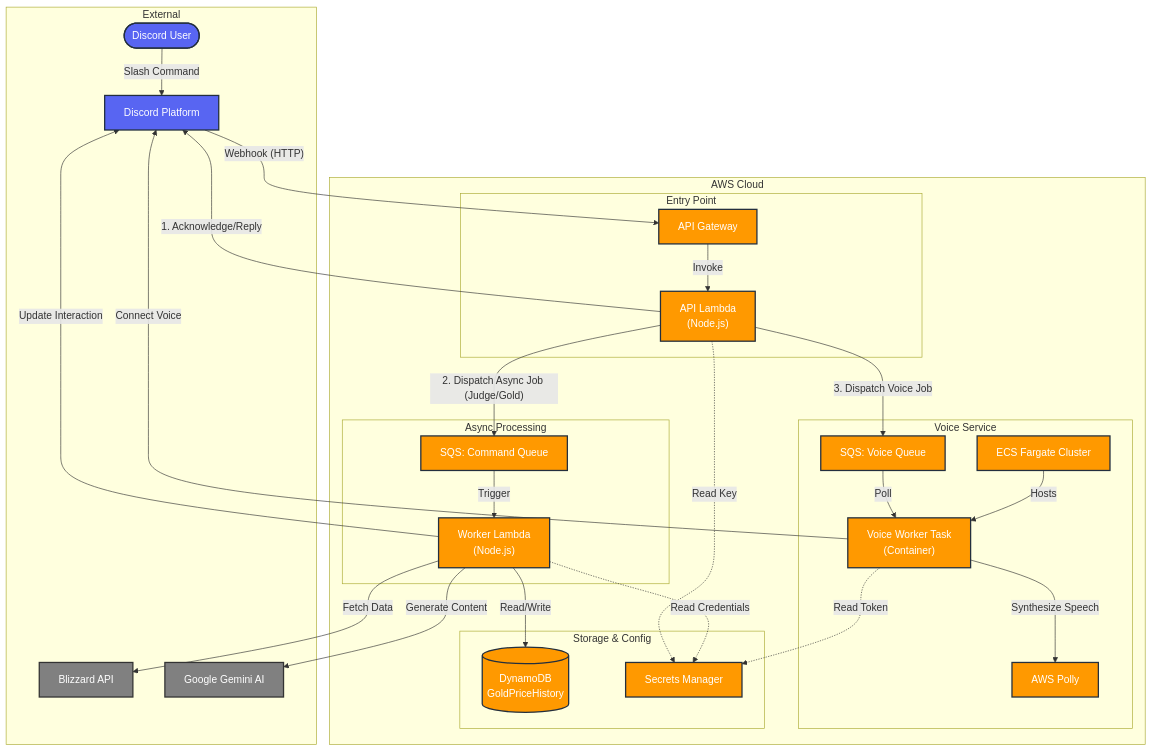
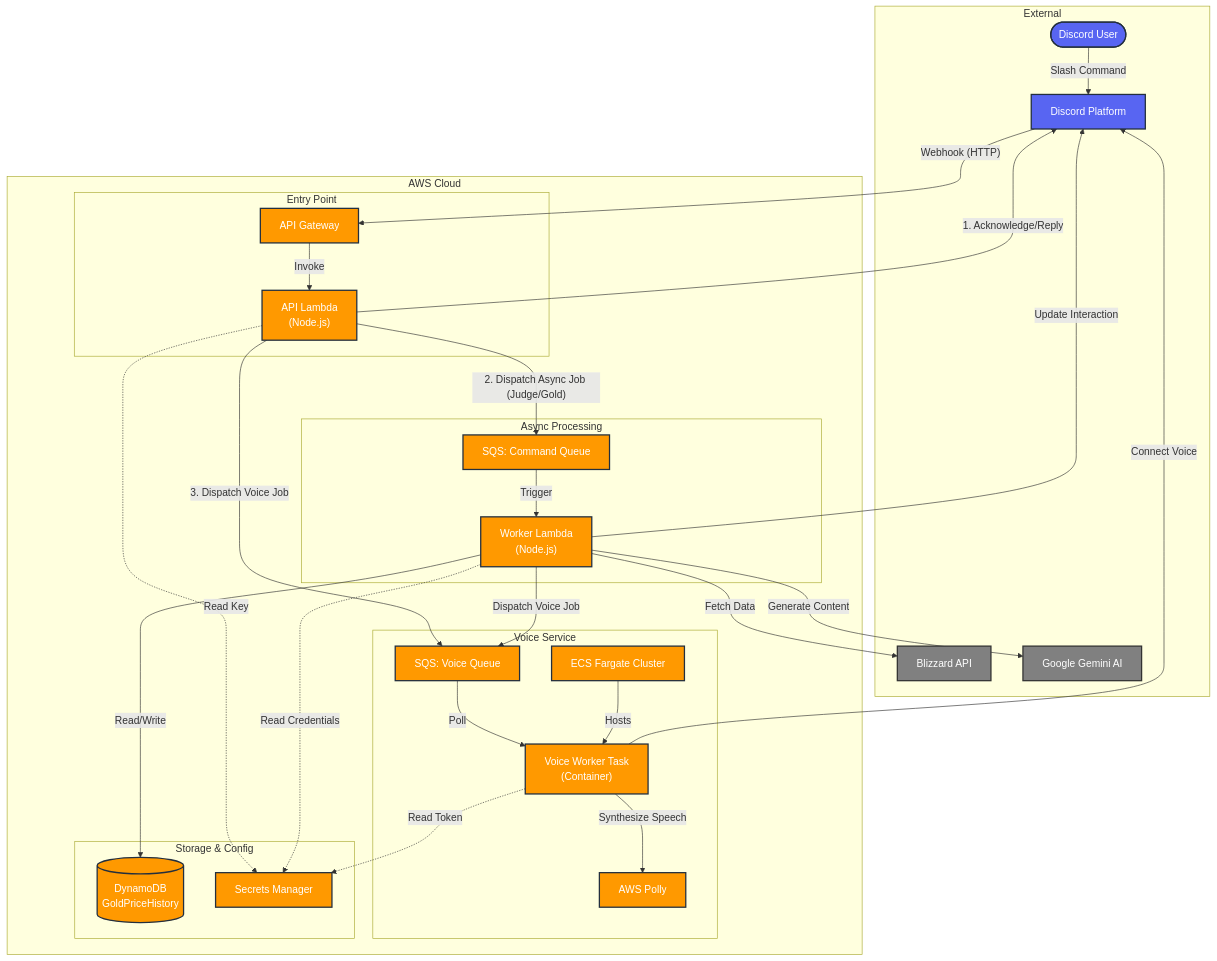
Before and after one commit to jkhask/treant: the diagram in architecture.md, drawn with Mermaid. The commit also changed other lines of this file and 3 other files, not shown here.

Commit message:
feat: Document Worker Lambda voice job dispatch, refactor gold chart generation to be asynchronous, and fix Blizzard API character equipment namespace.

````diff
--- a/architecture.md
+++ b/architecture.md
@@ -15,68 +15,69 @@
 ```mermaid
 graph TB
     subgraph "External"
         User([Discord User])
         Discord[Discord Platform]
         Blizzard[Blizzard API]
         Gemini[Google Gemini AI]
     end
 
     subgraph "AWS Cloud"
         subgraph "Entry Point"
             APIGW[API Gateway]
             ApiLambda["API Lambda<br/>(Node.js)"]
         end
 
         subgraph "Async Processing"
             CmdQueue[SQS: Command Queue]
             WorkerLambda["Worker Lambda<br/>(Node.js)"]
         end
 
         subgraph "Voice Service"
             VoiceQueue[SQS: Voice Queue]
             VoiceCluster[ECS Fargate Cluster]
             VoiceTask["Voice Worker Task<br/>(Container)"]
             Polly[AWS Polly]
         end
 
         subgraph "Storage & Config"
             DDB[("DynamoDB<br/>GoldPriceHistory")]
             Secrets[Secrets Manager]
         end
     end
 
     %% Flows
     User -->|Slash Command| Discord
     Discord -- "Webhook (HTTP)" --> APIGW
     APIGW -->|Invoke| ApiLambda
 
     %% API Lambda Logic
     ApiLambda -->|1. Acknowledge/Reply| Discord
     ApiLambda -->|"2. Dispatch Async Job (Judge/Gold)"| CmdQueue
     ApiLambda -->|3. Dispatch Voice Job| VoiceQueue
     ApiLambda -.->|Read Key| Secrets
 
     %% Worker Logic
     CmdQueue -->|Trigger| WorkerLambda
     WorkerLambda -->|Fetch Data| Blizzard
     WorkerLambda -->|Generate Content| Gemini
     WorkerLambda -->|Read/Write| DDB
     WorkerLambda -->|Update Interaction| Discord
+    WorkerLambda -->|Dispatch Voice Job| VoiceQueue
     WorkerLambda -.->|Read Credentials| Secrets
 
     %% Voice Logic
     VoiceQueue -->|Poll| VoiceTask
     VoiceCluster -- Hosts --> VoiceTask
     VoiceTask -->|Synthesize Speech| Polly
     VoiceTask -->|Connect Voice| Discord
     VoiceTask -.->|Read Token| Secrets
 
     %% Styling
     classDef aws fill:#FF9900,stroke:#232F3E,stroke-width:2px,color:white;
     classDef discord fill:#5865F2,stroke:#232F3E,stroke-width:2px,color:white;
     classDef ext fill:#808080,stroke:#333,stroke-width:2px,color:white;
 
     class APIGW,ApiLambda,CmdQueue,WorkerLambda,VoiceQueue,VoiceCluster,VoiceTask,Polly,DDB,Secrets aws;
     class Discord,User discord;
     class Blizzard,Gemini ext;
 ```
````
